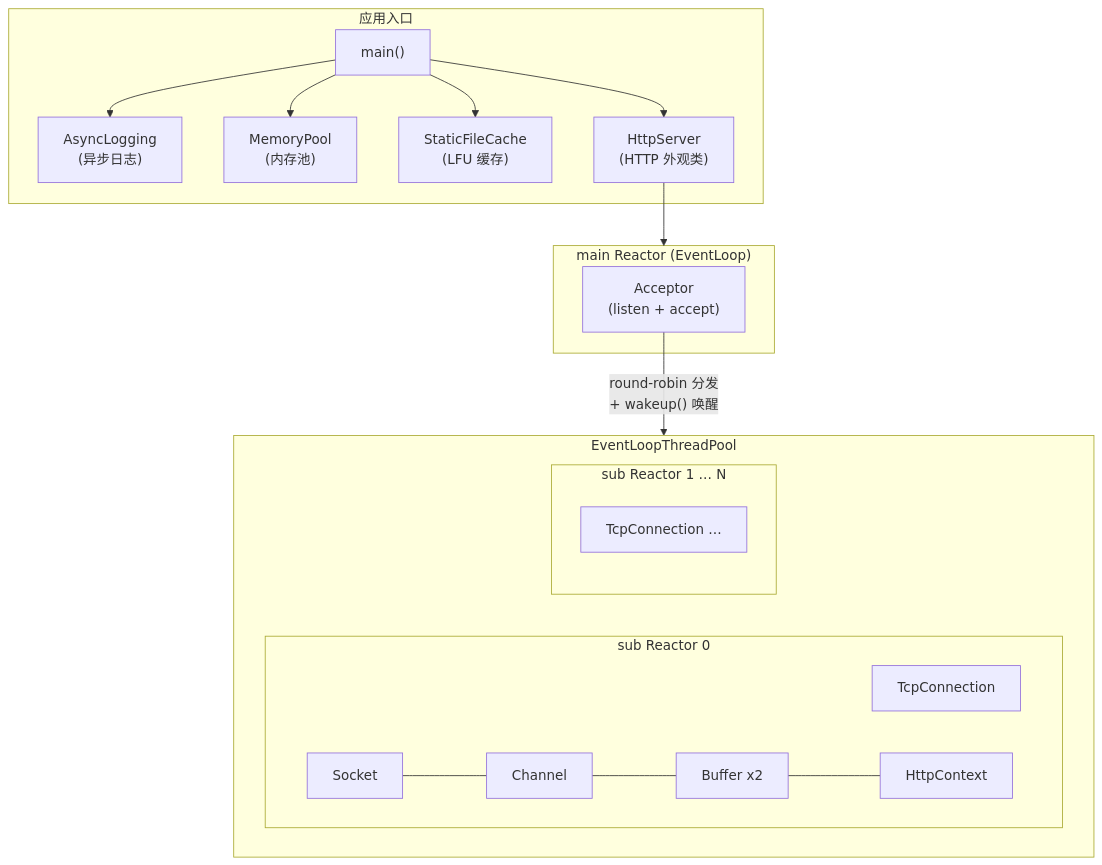
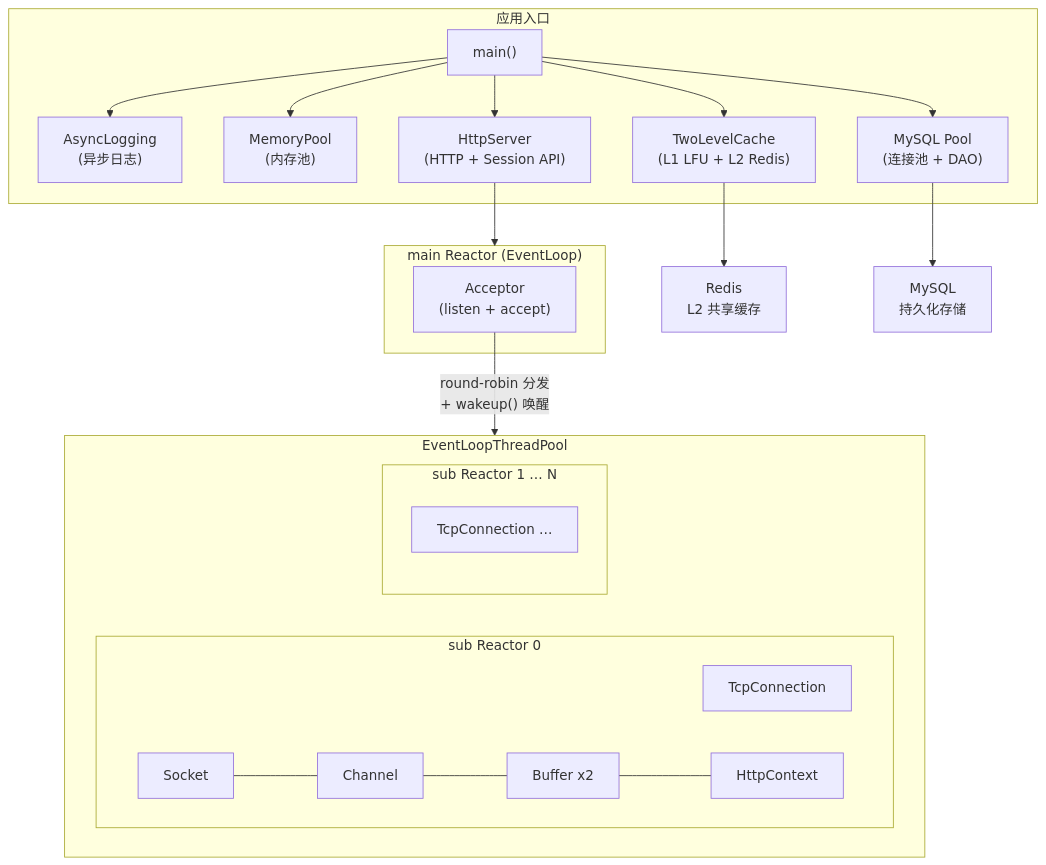
The first of 10 diagrams in README.md (wsy258-strar/WebServer), drawn with Mermaid before and after one commit. The commit also changed other lines of this file and 20 other files, not shown here.

Commit message:
feat: add Redis two-level cache and MySQL session persistence

````diff
--- a/README.md
+++ b/README.md
@@ -73,32 +86,36 @@
 ```mermaid
 flowchart TB
     subgraph Entry["应用入口"]
         main["main()"]
         AL["AsyncLogging<br/>(异步日志)"]
         MP["MemoryPool<br/>(内存池)"]
-        SFC["StaticFileCache<br/>(LFU 缓存)"]
-        HS["HttpServer<br/>(HTTP 外观类)"]
+        SFC["TwoLevelCache<br/>(L1 LFU + L2 Redis)"]
+        MYSQL["MySQL Pool<br/>(连接池 + DAO)"]
+        HS["HttpServer<br/>(HTTP + Session API)"]
     end
 
     subgraph MainReactor["main Reactor (EventLoop)"]
         Acceptor["Acceptor<br/>(listen + accept)"]
     end
 
     subgraph ThreadPool["EventLoopThreadPool"]
         subgraph Sub0["sub Reactor 0"]
             TC0["TcpConnection"]
             direction LR
             S0["Socket"] --- CH0["Channel"] --- B0["Buffer x2"] --- HCTX0["HttpContext"]
         end
         subgraph SubN["sub Reactor 1 … N"]
             TCN["TcpConnection …"]
         end
     end
 
     main --> HS
     main --> AL
     main --> MP
     main --> SFC
+    main --> MYSQL
+    SFC --> Redis["Redis<br/>L2 共享缓存"]
+    MYSQL --> MySQLDB["MySQL<br/>持久化存储"]
     HS --> MainReactor
     Acceptor -->|"round‑robin 分发<br/>+ wakeup() 唤醒"| ThreadPool
 ```
````
